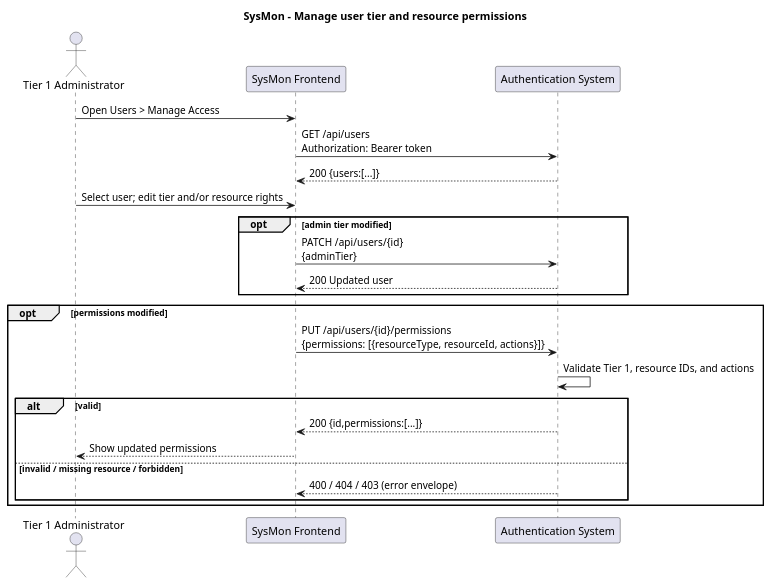
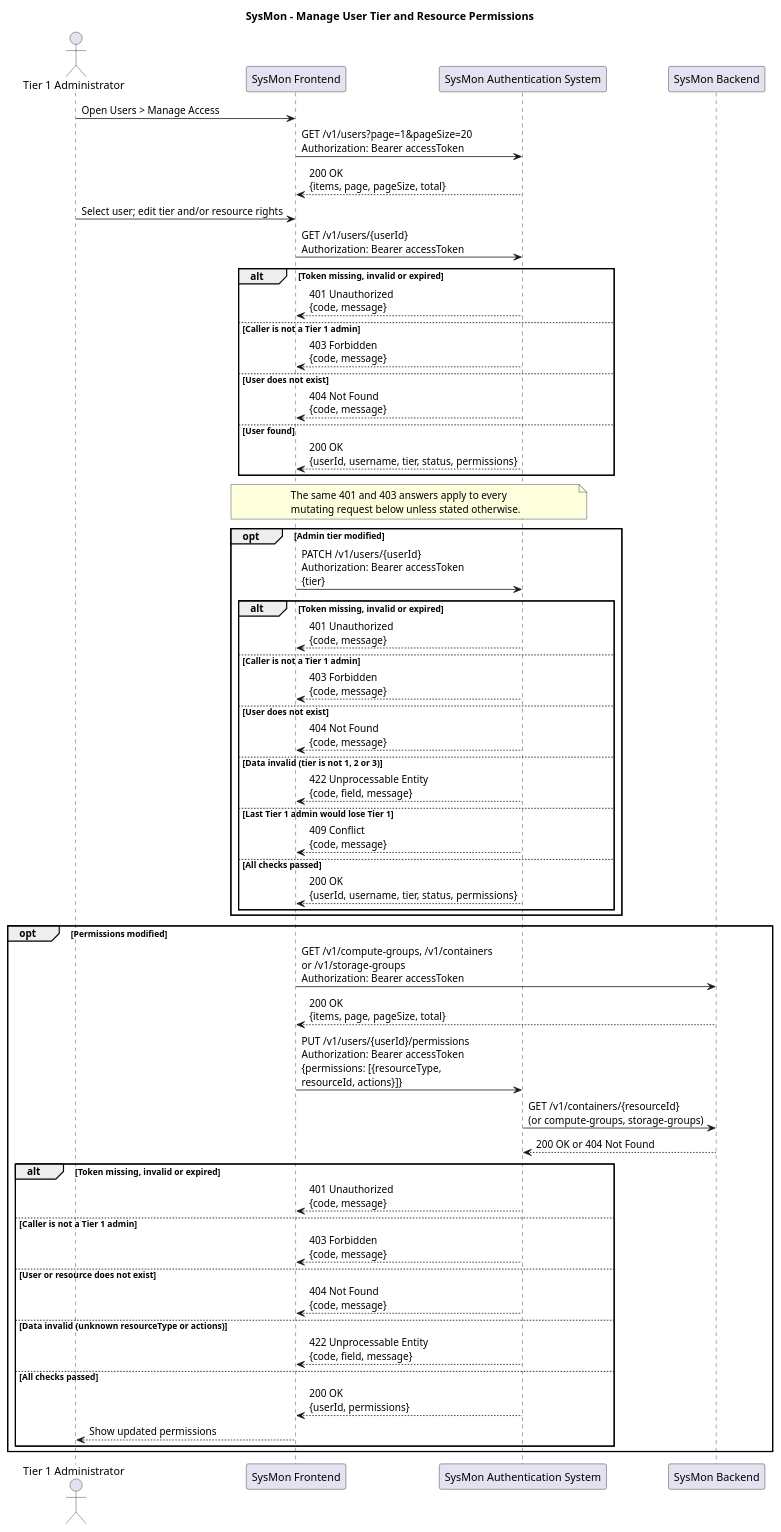
One commit to hriday111/SysMon changed the diagram in Task3/sequence_diagrams/src/04_manage_access.puml. Above: the diagram before and after it, drawn with PlantUML. The commit also changed 16 other files, not shown here.

```diff
--- a/Task3/sequence_diagrams/src/04_manage_access.puml
+++ b/Task3/sequence_diagrams/src/04_manage_access.puml
@@ -1,24 +1,71 @@
 @startuml
- title SysMon - Manage user tier and resource permissions
- actor "Tier 1 Administrator" as A
- participant "SysMon Frontend" as FE
- participant "Authentication System" as AUTH
- A -> FE: Open Users > Manage Access
- FE -> AUTH: GET /api/users\nAuthorization: Bearer token
- AUTH --> FE: 200 {users:[...]}
- A -> FE: Select user; edit tier and/or resource rights
- opt admin tier modified
-   FE -> AUTH: PATCH /api/users/{id}\n{adminTier}
-   AUTH --> FE: 200 Updated user
- end
- opt permissions modified
-   FE -> AUTH: PUT /api/users/{id}/permissions\n{permissions: [{resourceType, resourceId, actions}]}
-   AUTH -> AUTH: Validate Tier 1, resource IDs, and actions
-   alt valid
-     AUTH --> FE: 200 {id,permissions:[...]}
-     FE --> A: Show updated permissions
-   else invalid / missing resource / forbidden
-     AUTH --> FE: 400 / 404 / 403 (error envelope)
-   end
- end
+title SysMon - Manage User Tier and Resource Permissions
+
+actor "Tier 1 Administrator" as A
+participant "SysMon Frontend" as FE
+participant "SysMon Authentication System" as AUTH
+participant "SysMon Backend" as Backend
+
+A -> FE : Open Users > Manage Access
+FE -> AUTH : GET /v1/users?page=1&pageSize=20\nAuthorization: Bearer accessToken
+AUTH --> FE : 200 OK\n{items, page, pageSize, total}
+
+A -> FE : Select user; edit tier and/or resource rights
+FE -> AUTH : GET /v1/users/{userId}\nAuthorization: Bearer accessToken
+
+alt Token missing, invalid or expired
+  AUTH --> FE : 401 Unauthorized\n{code, message}
+else Caller is not a Tier 1 admin
+  AUTH --> FE : 403 Forbidden\n{code, message}
+else User does not exist
+  AUTH --> FE : 404 Not Found\n{code, message}
+else User found
+  AUTH --> FE : 200 OK\n{userId, username, tier, status, permissions}
+end
+
+note over FE, AUTH
+  The same 401 and 403 answers apply to every
+  mutating request below unless stated otherwise.
+end note
+
+opt Admin tier modified
+  FE -> AUTH : PATCH /v1/users/{userId}\nAuthorization: Bearer accessToken\n{tier}
+
+  alt Token missing, invalid or expired
+    AUTH --> FE : 401 Unauthorized\n{code, message}
+  else Caller is not a Tier 1 admin
+    AUTH --> FE : 403 Forbidden\n{code, message}
+  else User does not exist
+    AUTH --> FE : 404 Not Found\n{code, message}
+  else Data invalid (tier is not 1, 2 or 3)
+    AUTH --> FE : 422 Unprocessable Entity\n{code, field, message}
+  else Last Tier 1 admin would lose Tier 1
+    AUTH --> FE : 409 Conflict\n{code, message}
+  else All checks passed
+    AUTH --> FE : 200 OK\n{userId, username, tier, status, permissions}
+  end
+end
+
+opt Permissions modified
+  FE -> Backend : GET /v1/compute-groups, /v1/containers\nor /v1/storage-groups\nAuthorization: Bearer accessToken
+  Backend --> FE : 200 OK\n{items, page, pageSize, total}
+
+  FE -> AUTH : PUT /v1/users/{userId}/permissions\nAuthorization: Bearer accessToken\n{permissions: [{resourceType,\nresourceId, actions}]}
+  AUTH -> Backend : GET /v1/containers/{resourceId}\n(or compute-groups, storage-groups)
+  Backend --> AUTH : 200 OK or 404 Not Found
+
+  alt Token missing, invalid or expired
+    AUTH --> FE : 401 Unauthorized\n{code, message}
+  else Caller is not a Tier 1 admin
+    AUTH --> FE : 403 Forbidden\n{code, message}
+  else User or resource does not exist
+    AUTH --> FE : 404 Not Found\n{code, message}
+  else Data invalid (unknown resourceType or actions)
+    AUTH --> FE : 422 Unprocessable Entity\n{code, field, message}
+  else All checks passed
+    AUTH --> FE : 200 OK\n{userId, permissions}
+    FE --> A : Show updated permissions
+  end
+end
+
 @enduml
```
